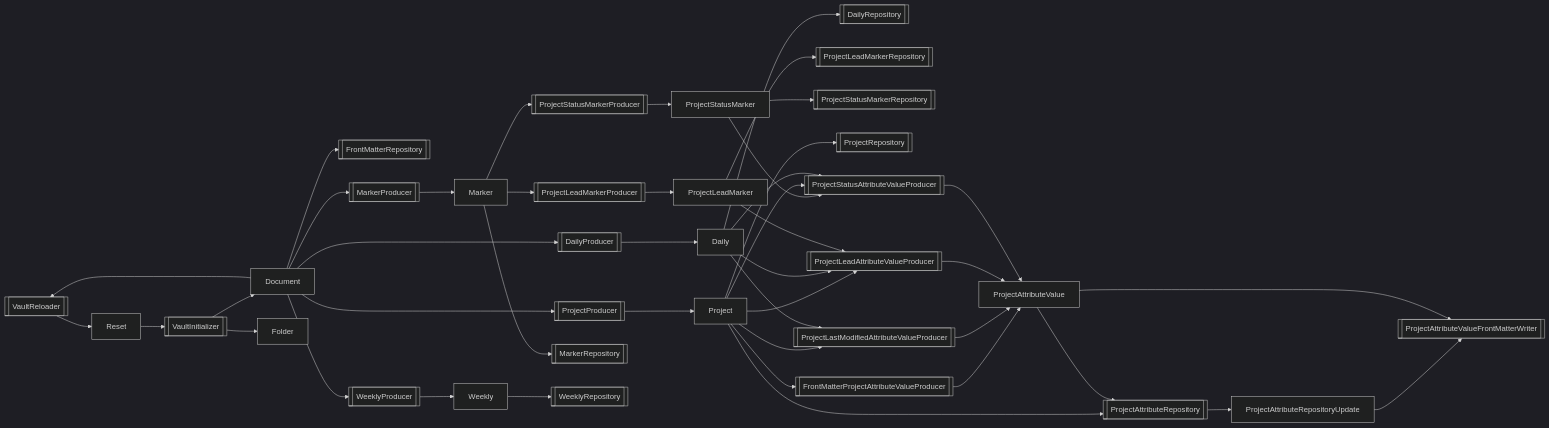
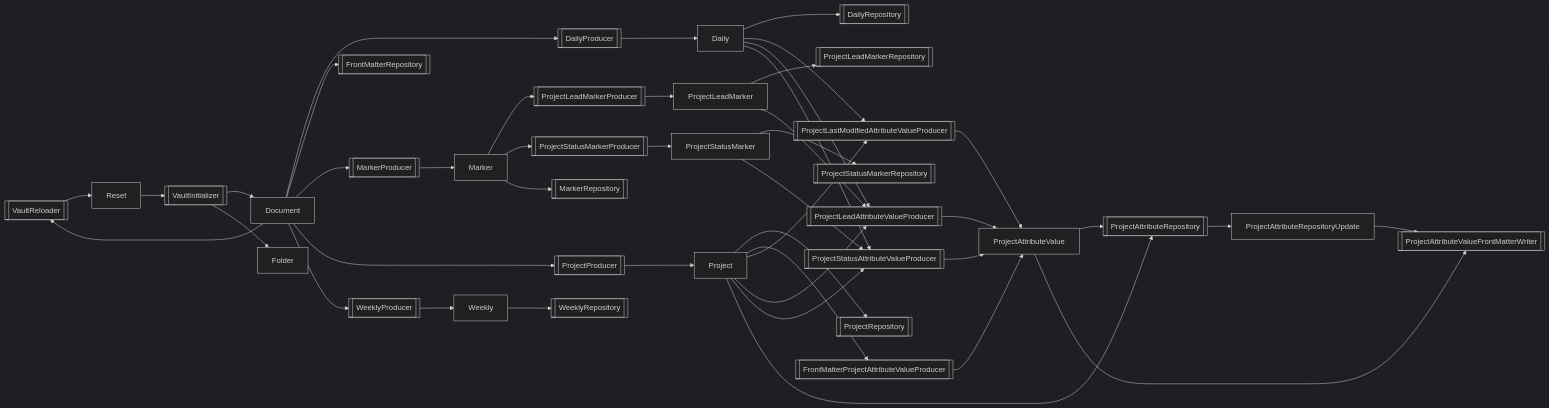
One commit to voostindie/markdown-curator-demo changed the second of 2 diagrams in vault/Systems/Markdown Curator.md. Above: the diagram before and after it, drawn with Mermaid (dark theme). The commit also changed other lines of this file and 2 other files, not shown here.

````diff
--- a/vault/Systems/Markdown Curator.md
+++ b/vault/Systems/Markdown Curator.md
@@ -86,66 +86,66 @@
 ```mermaid
 graph LR
     VaultReloader --> Reset
     Document --> VaultReloader
     VaultReloader@{ shape: subproc }
     VaultInitializer --> Document
     VaultInitializer --> Folder
     Reset --> VaultInitializer
     VaultInitializer@{ shape: subproc }
     DailyProducer --> Daily
     Document --> DailyProducer
     DailyProducer@{ shape: subproc }
     Daily --> DailyRepository
     DailyRepository@{ shape: subproc }
     Document --> FrontMatterRepository
     FrontMatterRepository@{ shape: subproc }
     MarkerProducer --> Marker
     Document --> MarkerProducer
     MarkerProducer@{ shape: subproc }
     ProjectLeadMarkerProducer --> ProjectLeadMarker
     Marker --> ProjectLeadMarkerProducer
     ProjectLeadMarkerProducer@{ shape: subproc }
     ProjectLeadMarker --> ProjectLeadMarkerRepository
     ProjectLeadMarkerRepository@{ shape: subproc }
     ProjectProducer --> Project
     Document --> ProjectProducer
     ProjectProducer@{ shape: subproc }
     ProjectStatusMarkerProducer --> ProjectStatusMarker
     Marker --> ProjectStatusMarkerProducer
     ProjectStatusMarkerProducer@{ shape: subproc }
     ProjectStatusMarker --> ProjectStatusMarkerRepository
     ProjectStatusMarkerRepository@{ shape: subproc }
     WeeklyProducer --> Weekly
     Document --> WeeklyProducer
     WeeklyProducer@{ shape: subproc }
     Marker --> MarkerRepository
     MarkerRepository@{ shape: subproc }
     Project --> ProjectRepository
     ProjectRepository@{ shape: subproc }
     Weekly --> WeeklyRepository
     WeeklyRepository@{ shape: subproc }
     FrontMatterProjectAttributeValueProducer --> ProjectAttributeValue
     Project --> FrontMatterProjectAttributeValueProducer
     FrontMatterProjectAttributeValueProducer@{ shape: subproc }
     ProjectLastModifiedAttributeValueProducer --> ProjectAttributeValue
     Project --> ProjectLastModifiedAttributeValueProducer
     Daily --> ProjectLastModifiedAttributeValueProducer
     ProjectLastModifiedAttributeValueProducer@{ shape: subproc }
     ProjectLeadAttributeValueProducer --> ProjectAttributeValue
+    ProjectLeadMarker --> ProjectLeadAttributeValueProducer
+    Daily --> ProjectLeadAttributeValueProducer
     Project --> ProjectLeadAttributeValueProducer
-    Daily --> ProjectLeadAttributeValueProducer
-    ProjectLeadMarker --> ProjectLeadAttributeValueProducer
     ProjectLeadAttributeValueProducer@{ shape: subproc }
     ProjectStatusAttributeValueProducer --> ProjectAttributeValue
+    Daily --> ProjectStatusAttributeValueProducer
+    Project --> ProjectStatusAttributeValueProducer
     ProjectStatusMarker --> ProjectStatusAttributeValueProducer
-    Project --> ProjectStatusAttributeValueProducer
-    Daily --> ProjectStatusAttributeValueProducer
     ProjectStatusAttributeValueProducer@{ shape: subproc }
     ProjectAttributeRepository --> ProjectAttributeRepositoryUpdate
     Project --> ProjectAttributeRepository
     ProjectAttributeValue --> ProjectAttributeRepository
     ProjectAttributeRepository@{ shape: subproc }
     ProjectAttributeRepositoryUpdate --> ProjectAttributeValueFrontMatterWriter
     ProjectAttributeValue --> ProjectAttributeValueFrontMatterWriter
     ProjectAttributeValueFrontMatterWriter@{ shape: subproc }
 ```
````
